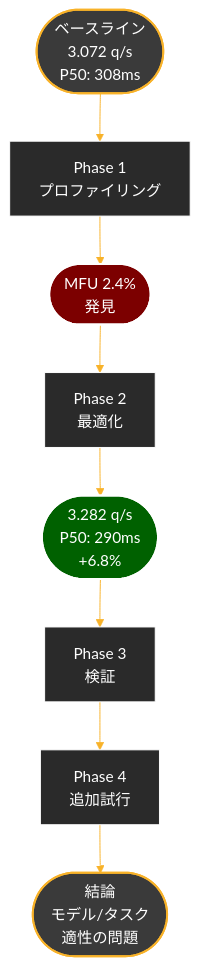
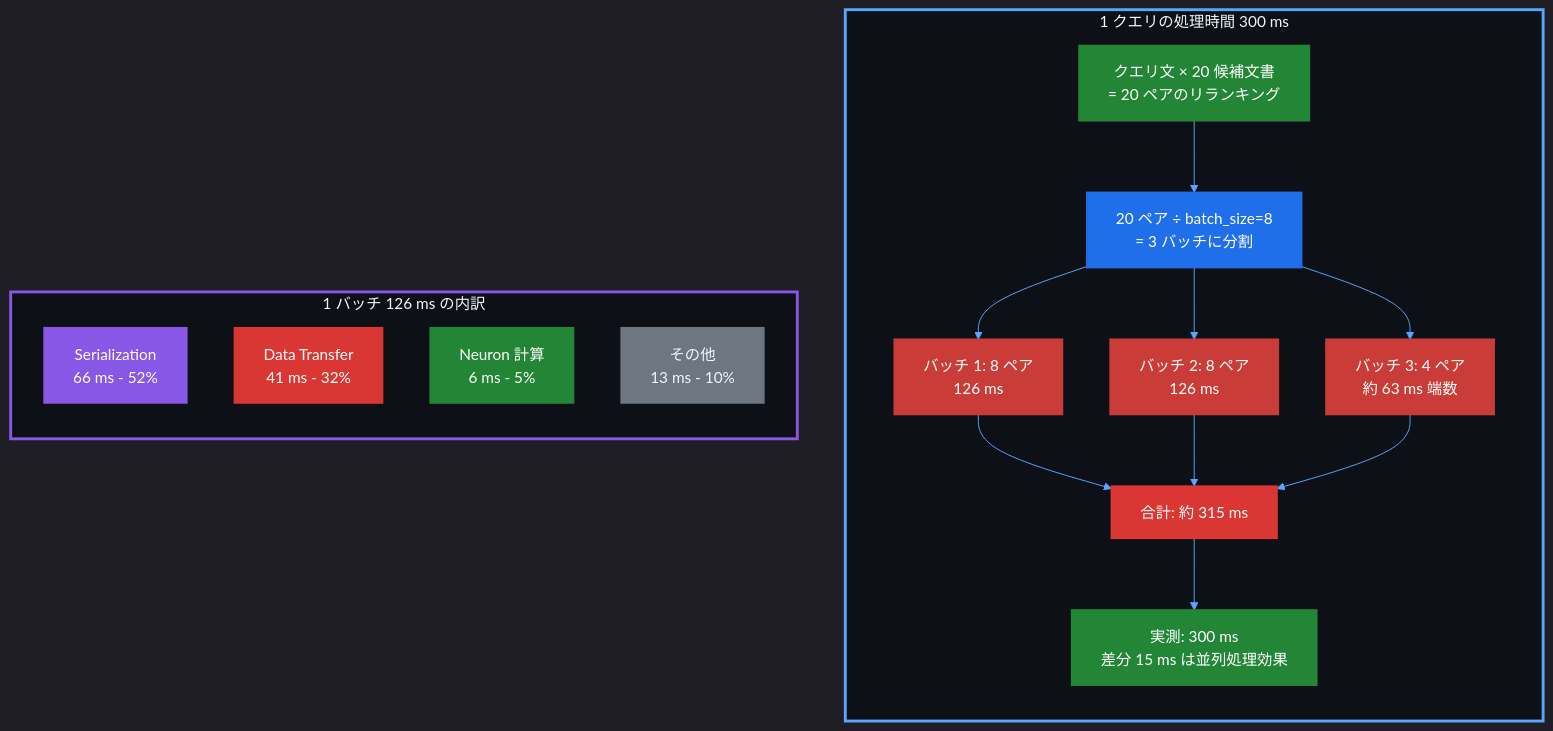
One commit to littlemex/zenn changed the first of 2 diagrams in articles/8d7643da66042e.md. Above: the diagram before and after it, drawn with Mermaid. The commit also changed other lines of this file, not shown here.

````diff
--- a/articles/8d7643da66042e.md
+++ b/articles/8d7643da66042e.md
@@ -63,34 +467,38 @@
 ```mermaid
-%%{init: {'theme':'base', 'themeVariables': { 'primaryColor':'#1a1a1a','primaryTextColor':'#fff','primaryBorderColor':'#7C0000','lineColor':'#F8B229','secondaryColor':'#006100','tertiaryColor':'#2a2a2a','background':'#1a1a1a','mainBkg':'#2a2a2a','secondBkg':'#3a3a3a'}}}%%
-flowchart TD
-    Start([ベースライン<br/>3.072 q/s<br/>P50: 308ms])
-    
-    P1[Phase 1<br/>プロファイリング]
-    Find([MFU 2.4%<br/>発見])
-    
-    P2[Phase 2<br/>最適化]
-    Result([3.282 q/s<br/>P50: 290ms<br/>+6.8%])
-    
-    P3[Phase 3<br/>検証]
-    
-    P4[Phase 4<br/>追加試行]
-    
-    End([結論<br/>モデル/タスク<br/>適性の問題])
-    
-    Start --> P1
-    P1 --> Find
-    Find --> P2
-    P2 --> Result
-    Result --> P3
-    P3 --> P4
-    P4 --> End
-    
-    style Start fill:#3a3a3a,stroke:#F8B229,stroke-width:2px,color:#fff
-    style Find fill:#7C0000,stroke:#fff,stroke-width:2px,color:#fff
-    style Result fill:#006100,stroke:#fff,stroke-width:2px,color:#fff
-    style End fill:#3a3a3a,stroke:#F8B229,stroke-width:2px,color:#fff
-    style P1 fill:#2a2a2a,stroke:#fff,color:#fff
-    style P2 fill:#2a2a2a,stroke:#fff,color:#fff
-    style P3 fill:#2a2a2a,stroke:#fff,color:#fff
-    style P4 fill:#2a2a2a,stroke:#fff,color:#fff
+%%{init: {'theme':'dark','themeVariables': {'darkMode': true, 'background': '#0d1117', 'primaryColor': '#58a6ff', 'primaryTextColor': '#f0f6fc', 'primaryBorderColor': '#58a6ff', 'lineColor': '#58a6ff', 'secondaryColor': '#58a6ff', 'tertiaryColor': '#58a6ff', 'fontSize': '16px'}}}%%
+flowchart TB
+    subgraph query["1 クエリの処理時間 300 ms"]
+        direction TB
+        Q["クエリ文 × 20 候補文書<br/>= 20 ペアのリランキング"]
+        Q --> D["20 ペア ÷ batch_size=8<br/>= 3 バッチに分割"]
+        D --> B1["バッチ 1: 8 ペア<br/>126 ms"]
+        D --> B2["バッチ 2: 8 ペア<br/>126 ms"]
+        D --> B3["バッチ 3: 4 ペア<br/>約 63 ms 端数"]
+        B1 --> T["合計: 約 315 ms"]
+        B2 --> T
+        B3 --> T
+        T --> R["実測: 300 ms<br/>差分 15 ms は並列処理効果"]
+    end
+
+    subgraph batch["1 バッチ 126 ms の内訳"]
+        direction TB
+        S["Serialization<br/>66 ms - 52%"]
+        DT["Data Transfer<br/>41 ms - 32%"]
+        NC["Neuron 計算<br/>6 ms - 5%"]
+        O["その他<br/>13 ms - 10%"]
+    end
+
+    style query fill:#0d1117,stroke:#58a6ff,stroke-width:3px,color:#f0f6fc
+    style batch fill:#0d1117,stroke:#8957e5,stroke-width:3px,color:#f0f6fc
+    style Q fill:#238636,stroke:#238636,stroke-width:2px,color:#ffffff
+    style D fill:#1f6feb,stroke:#1f6feb,stroke-width:2px,color:#ffffff
+    style B1 fill:#c93c37,stroke:#c93c37,stroke-width:2px,color:#ffffff
+    style B2 fill:#c93c37,stroke:#c93c37,stroke-width:2px,color:#ffffff
+    style B3 fill:#c93c37,stroke:#c93c37,stroke-width:2px,color:#ffffff
+    style T fill:#da3633,stroke:#da3633,stroke-width:2px,color:#ffffff
+    style R fill:#238636,stroke:#238636,stroke-width:2px,color:#ffffff
+    style S fill:#8957e5,stroke:#8957e5,stroke-width:2px,color:#ffffff
+    style DT fill:#da3633,stroke:#da3633,stroke-width:2px,color:#ffffff
+    style NC fill:#238636,stroke:#238636,stroke-width:2px,color:#ffffff
+    style O fill:#6e7681,stroke:#6e7681,stroke-width:2px,color:#f0f6fc
 ```
````
